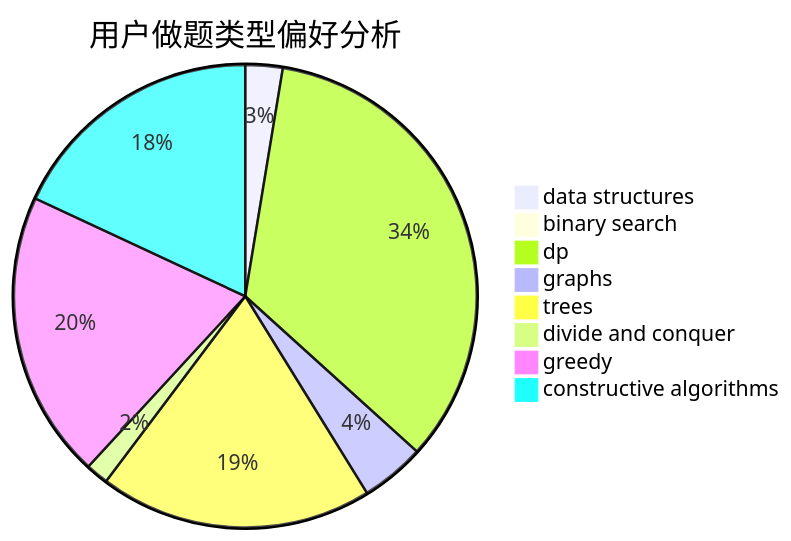
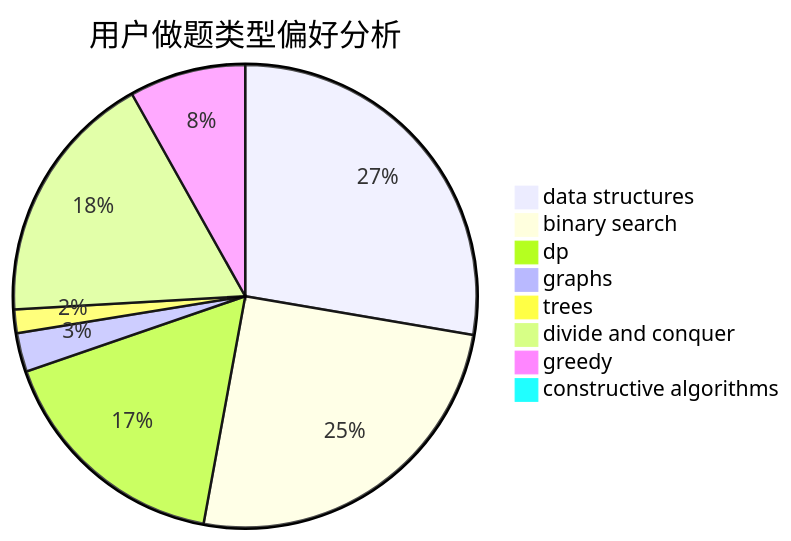
Before and after one commit to sherpahu/cfrs.github.io: the second of 3 diagrams in docs/user/u2175.md, drawn with Mermaid. The commit also changed other lines of this file and 2770 other files, not shown here.

````diff
--- a/docs/user/u2175.md
+++ b/docs/user/u2175.md
@@ -23,11 +23,11 @@
 ```mermaid
 pie title 用户做题类型偏好分析
-    "data structures" :  18
-    "binary search" :  5
-    "dp" :  236
-    "graphs" :  31
-    "trees" :  132
-    "divide and conquer" :  11
-    "greedy" :  139
-    "constructive algorithms" :  125
+    "data structures" :  235
+    "binary search" :  214
+    "dp" :  143
+    "graphs" :  23
+    "trees" :  14
+    "divide and conquer" :  151
+    "greedy" :  69
+    "constructive algorithms" :  7
 ```
````
